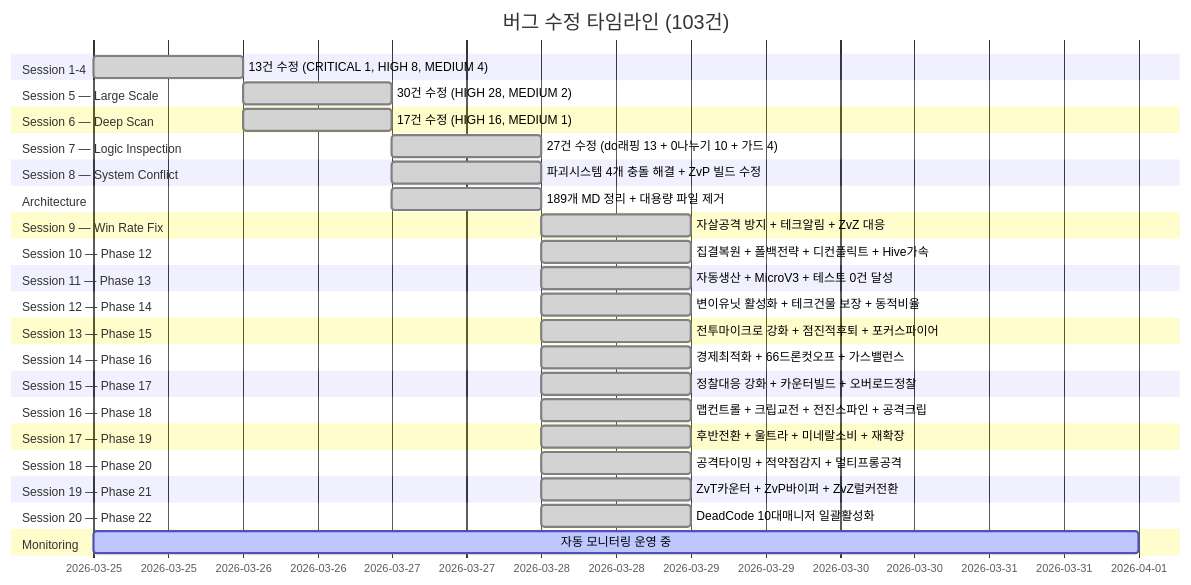
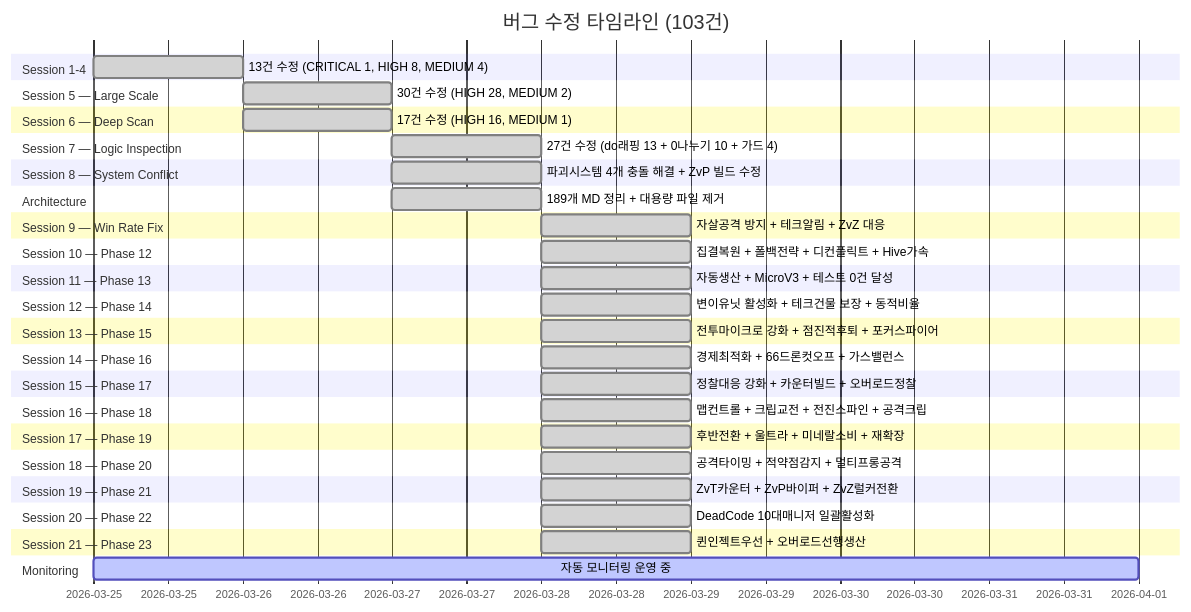
Diagram 23 of 31 in README.md (sun475300-sudo/Swarm-control-in-sc2bot), drawn with Mermaid before and after one commit. The commit also changed other lines of this file and 3 other files, not shown here.

First line of the commit message:
feat: Phase 23 퀸/서플라이 최적화 — 인젝트우선 + 오버로드선행생산

````diff
--- a/README.md
+++ b/README.md
@@ -633,43 +633,45 @@
 ```mermaid
 gantt
     title 버그 수정 타임라인 (103건)
     dateFormat YYYY-MM-DD
     section Session 1-4
         13건 수정 (CRITICAL 1, HIGH 8, MEDIUM 4)   :done, s1, 2026-03-25, 1d
     section Session 5 — Large Scale
         30건 수정 (HIGH 28, MEDIUM 2)              :done, s5, 2026-03-26, 1d
     section Session 6 — Deep Scan
         17건 수정 (HIGH 16, MEDIUM 1)              :done, s6, 2026-03-26, 1d
     section Session 7 — Logic Inspection
         27건 수정 (do래핑 13 + 0나누기 10 + 가드 4) :done, s7, 2026-03-27, 1d
     section Session 8 — System Conflict
         파괴시스템 4개 충돌 해결 + ZvP 빌드 수정    :done, s8, 2026-03-27, 1d
     section Architecture
         189개 MD 정리 + 대용량 파일 제거            :done, s9, 2026-03-27, 1d
     section Session 9 — Win Rate Fix
         자살공격 방지 + 테크알림 + ZvZ 대응         :done, s10, 2026-03-28, 1d
     section Session 10 — Phase 12
         집결복원 + 폴백전략 + 디컨플릭트 + Hive가속 :done, s11, 2026-03-28, 1d
     section Session 11 — Phase 13
         자동생산 + MicroV3 + 테스트 0건 달성       :done, s12, 2026-03-28, 1d
     section Session 12 — Phase 14
         변이유닛 활성화 + 테크건물 보장 + 동적비율  :done, s13, 2026-03-28, 1d
     section Session 13 — Phase 15
         전투마이크로 강화 + 점진적후퇴 + 포커스파이어 :done, s14, 2026-03-28, 1d
     section Session 14 — Phase 16
         경제최적화 + 66드론컷오프 + 가스밸런스     :done, s15, 2026-03-28, 1d
     section Session 15 — Phase 17
         정찰대응 강화 + 카운터빌드 + 오버로드정찰   :done, s16, 2026-03-28, 1d
     section Session 16 — Phase 18
         맵컨트롤 + 크립교전 + 전진스파인 + 공격크립 :done, s17, 2026-03-28, 1d
     section Session 17 — Phase 19
         후반전환 + 울트라 + 미네랄소비 + 재확장    :done, s18, 2026-03-28, 1d
     section Session 18 — Phase 20
         공격타이밍 + 적약점감지 + 멀티프롱공격     :done, s19, 2026-03-28, 1d
     section Session 19 — Phase 21
         ZvT카운터 + ZvP바이퍼 + ZvZ럴커전환      :done, s20, 2026-03-28, 1d
     section Session 20 — Phase 22
         DeadCode 10대매니저 일괄활성화            :done, s21, 2026-03-28, 1d
+    section Session 21 — Phase 23
+        퀸인젝트우선 + 오버로드선행생산          :done, s22, 2026-03-28, 1d
     section Monitoring
         자동 모니터링 운영 중                        :active, mon, 2026-03-25, 7d
 ```
````
